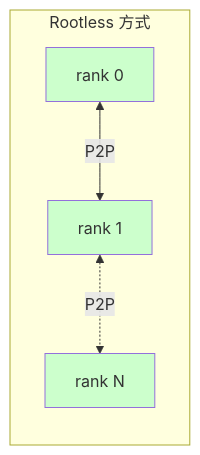
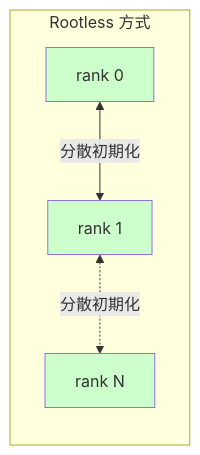
Before and after one commit to littlemex/zenn: the second of 6 diagrams in articles/45a746434b2090.md, drawn with Mermaid. The commit also changed other lines of this file, not shown here.

````diff
--- a/articles/45a746434b2090.md
+++ b/articles/45a746434b2090.md
@@ -130,15 +130,15 @@
 ```mermaid
 graph LR
     subgraph "Rootless 方式"
         R0["rank 0"]
         R1["rank 1"]
         RN["rank N"]
 
-        R0 <-->|P2P| R1
-        R1 <-.->|P2P| RN
+        R0 <-->|分散初期化| R1
+        R1 <-.->|分散初期化| RN
     end
 
     style R0 fill: #ccffcc
     style R1 fill: #ccffcc
     style RN fill: #ccffcc
 ```
````
